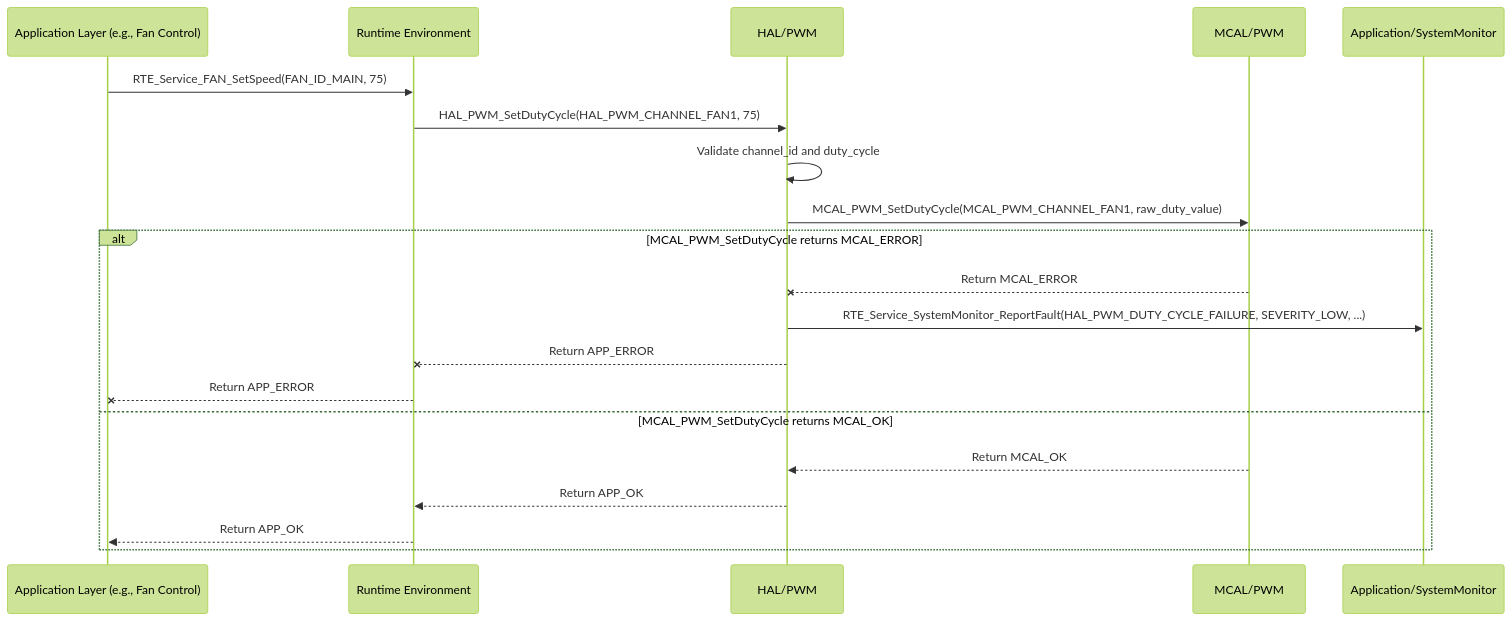
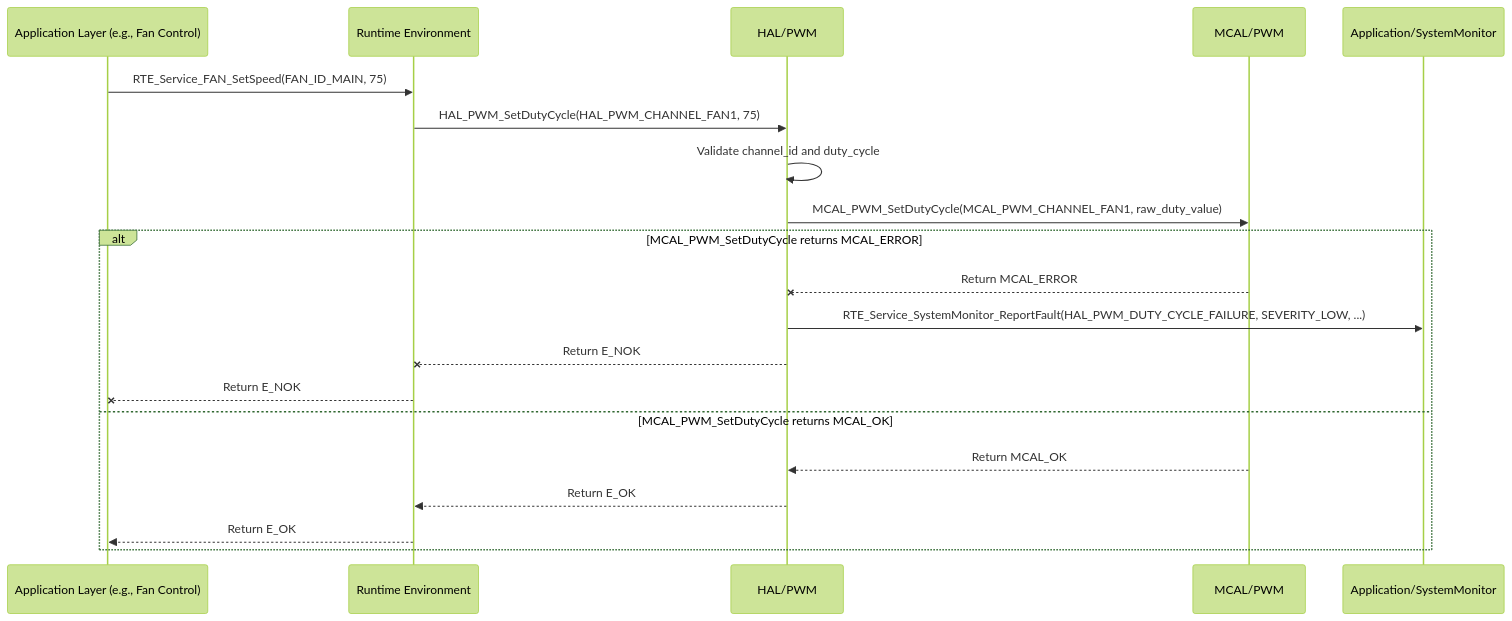
One commit to ashaker-2/Platform changed the diagram in Requiremets/Design/HAL/HAL_PWM.md. Above: the diagram before and after it, drawn with Mermaid (forest theme). The commit also changed other lines of this file and 716 other files, not shown here.

````diff
--- a/Requiremets/Design/HAL/HAL_PWM.md
+++ b/Requiremets/Design/HAL/HAL_PWM.md
@@ -150,23 +150,23 @@
 ```mermaid
 sequenceDiagram  
     participant App as Application Layer (e.g., Fan Control)  
     participant RTE as Runtime Environment  
     participant HAL_PWM as HAL/PWM  
     participant MCAL_PWM as MCAL/PWM  
     participant SystemMonitor as Application/SystemMonitor
 
     App->>RTE: RTE_Service_FAN_SetSpeed(FAN_ID_MAIN, 75)  
     RTE->>HAL_PWM: HAL_PWM_SetDutyCycle(HAL_PWM_CHANNEL_FAN1, 75)  
     HAL_PWM->>HAL_PWM: Validate channel_id and duty_cycle  
     HAL_PWM->>MCAL_PWM: MCAL_PWM_SetDutyCycle(MCAL_PWM_CHANNEL_FAN1, raw_duty_value)  
     alt MCAL_PWM_SetDutyCycle returns MCAL_ERROR  
         MCAL_PWM--xHAL_PWM: Return MCAL_ERROR  
         HAL_PWM->>SystemMonitor: RTE_Service_SystemMonitor_ReportFault(HAL_PWM_DUTY_CYCLE_FAILURE, SEVERITY_LOW, ...)  
-        HAL_PWM--xRTE: Return APP_ERROR  
-        RTE--xApp: Return APP_ERROR  
+        HAL_PWM--xRTE: Return E_NOK  
+        RTE--xApp: Return E_NOK  
     else MCAL_PWM_SetDutyCycle returns MCAL_OK  
         MCAL_PWM-->>HAL_PWM: Return MCAL_OK  
-        HAL_PWM-->>RTE: Return APP_OK  
-        RTE-->>App: Return APP_OK  
+        HAL_PWM-->>RTE: Return E_OK  
+        RTE-->>App: Return E_OK  
     end
 ```
````
